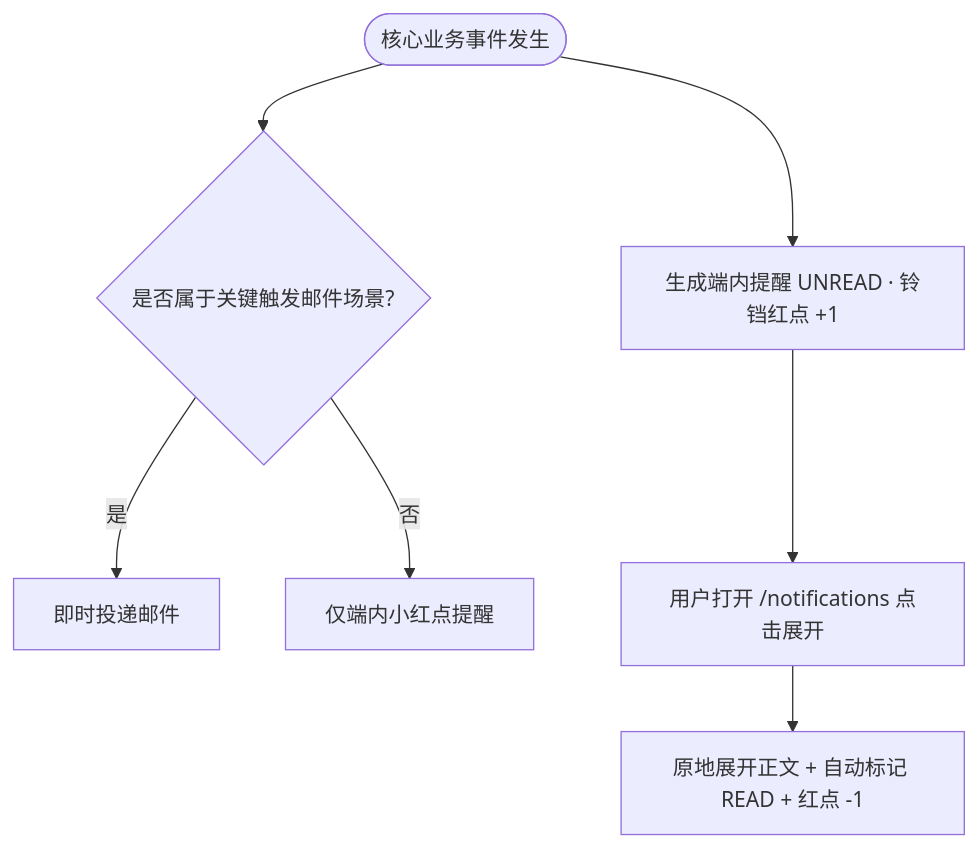
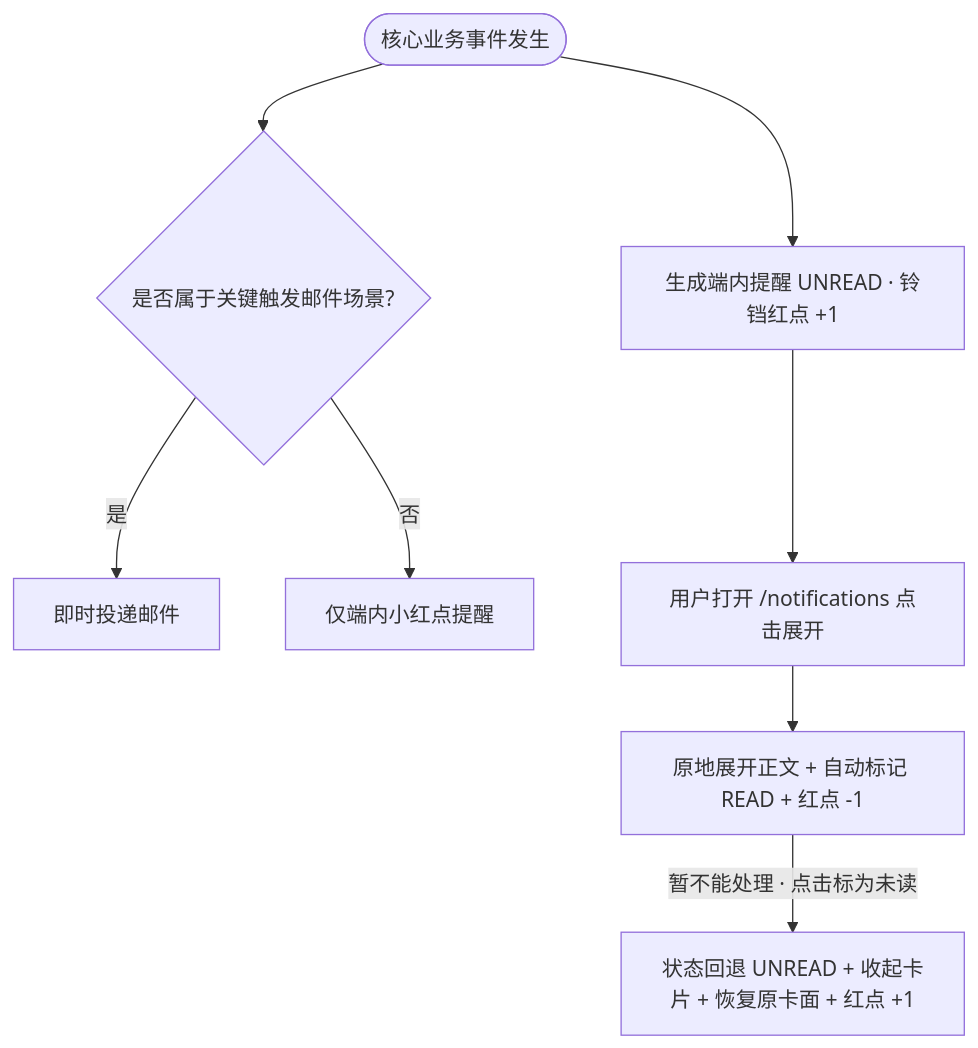
The diagram in docs/prd/m4_notification.md (Onezao/dream), drawn with Mermaid before and after one commit. The commit also changed other lines of this file and 26 other files, not shown here.

````diff
--- a/docs/prd/m4_notification.md
+++ b/docs/prd/m4_notification.md
@@ -95,9 +109,10 @@
 ```mermaid
 flowchart TD
     Event([核心业务事件发生]) --> CreateInApp[生成端内提醒 UNREAD · 铃铛红点 +1]
     Event --> CheckEmail{是否属于关键触发邮件场景?}
     CheckEmail -- 是 --> SendEmail[即时投递邮件]
     CheckEmail -- 否 --> OnlyInApp[仅端内小红点提醒]
     CreateInApp --> UserClick[用户打开 /notifications 点击展开]
     UserClick --> MarkRead[原地展开正文 + 自动标记 READ + 红点 -1]
+    MarkRead -->|暂不能处理 · 点击标为未读| RevertUnread[状态回退 UNREAD + 收起卡片 + 恢复原卡面 + 红点 +1]
 ```
````
